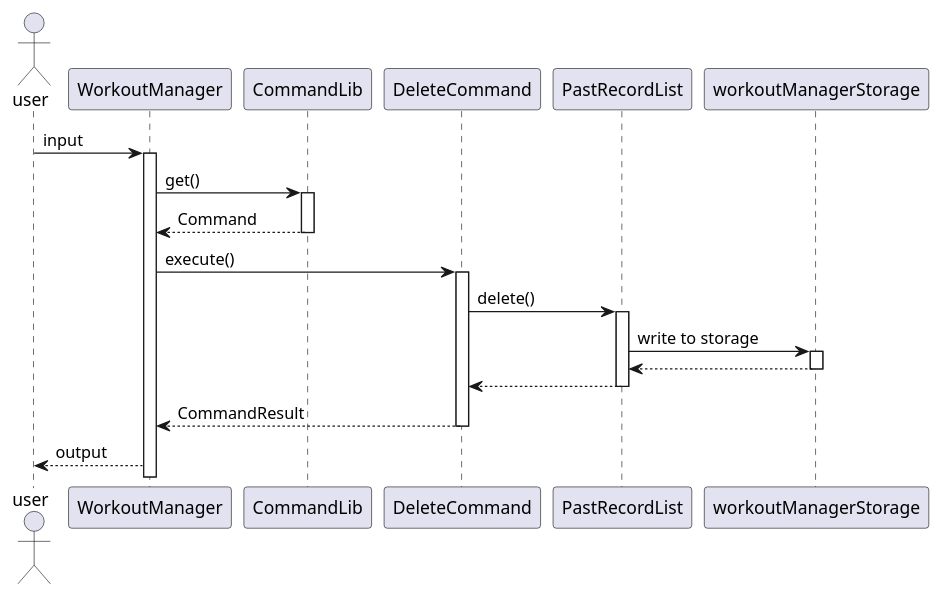
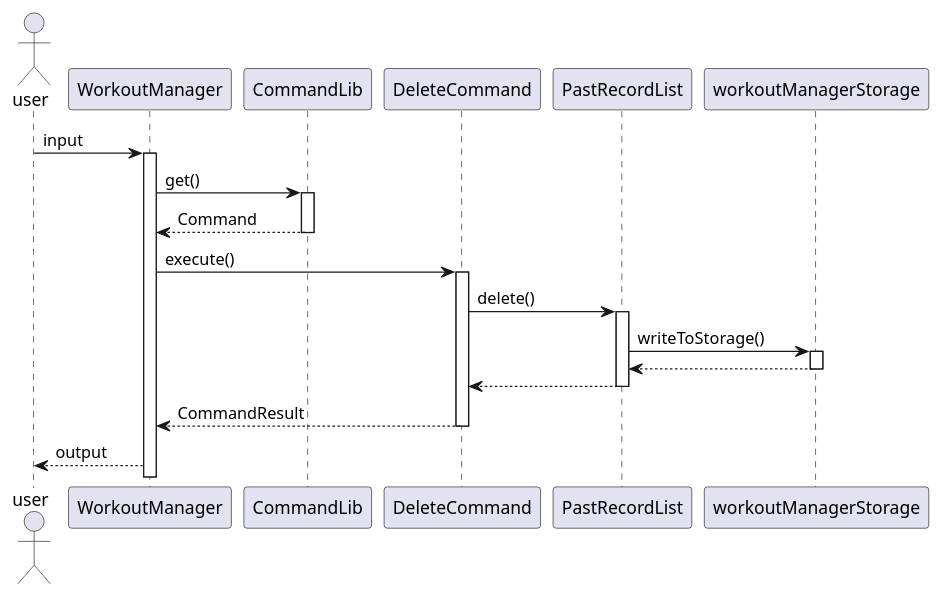
The diagram in docs/pictures/zesong/DeleteWS.puml (zsk612/tp), drawn with PlantUML before and after one commit. The commit also changed 13 other files, not shown here.

```diff
--- a/docs/pictures/zesong/DeleteWS.puml
+++ b/docs/pictures/zesong/DeleteWS.puml
@@ -1,28 +1,28 @@
 @startuml
 actor user
 user -> WorkoutManager : input
 activate WorkoutManager
 
 WorkoutManager -> CommandLib : get()
 activate CommandLib
 CommandLib --> WorkoutManager : Command
 deactivate CommandLib
 
 WorkoutManager -> DeleteCommand : execute()
 activate DeleteCommand
 
 DeleteCommand -> PastRecordList : delete()
 activate PastRecordList
-PastRecordList -> workoutManagerStorage: write to storage
+PastRecordList -> workoutManagerStorage: writeToStorage()
 activate workoutManagerStorage
 workoutManagerStorage --> PastRecordList
 deactivate workoutManagerStorage
 PastRecordList --> DeleteCommand
 deactivate PastRecordList
 
 DeleteCommand --> WorkoutManager : CommandResult
 deactivate DeleteCommand
 
 WorkoutManager -->  user : output
 
 @enduml
```
